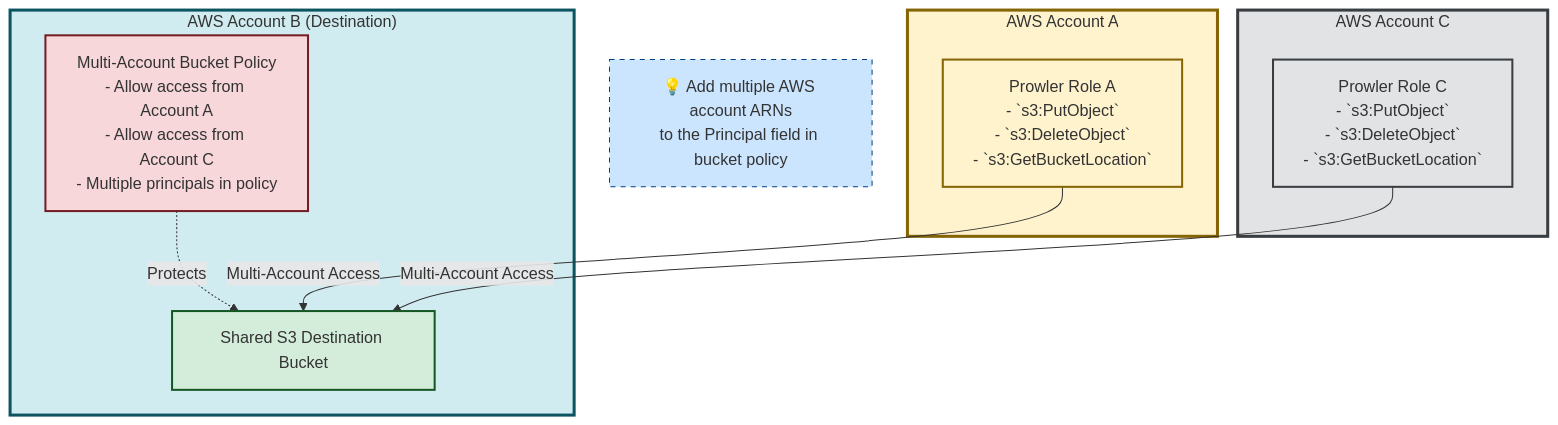
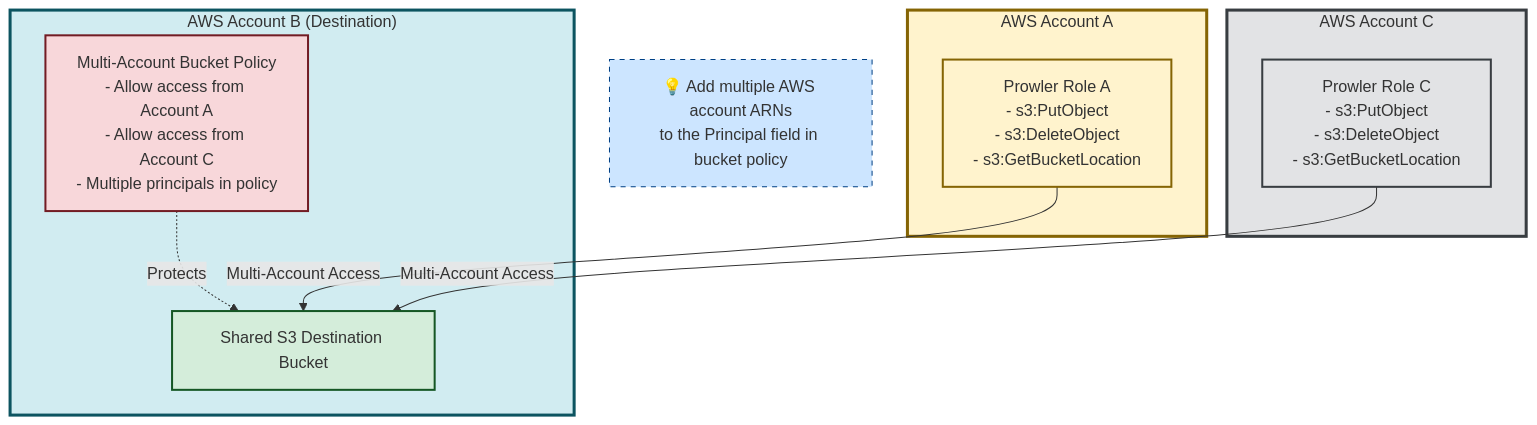
One commit to prowler-cloud/prowler changed the third of 3 diagrams in docs/tutorials/prowler-app-s3-integration.md. Above: the diagram before and after it, drawn with Mermaid. The commit also changed other lines of this file, not shown here.

````diff
--- a/docs/tutorials/prowler-app-s3-integration.md
+++ b/docs/tutorials/prowler-app-s3-integration.md
@@ -183,30 +183,30 @@
 ```mermaid
 graph TB
     subgraph AccountA["AWS Account A"]
-        RoleA["Prowler Role A<br/>- `s3:PutObject` <br/>- `s3:DeleteObject` <br/>- `s3:GetBucketLocation` "]
+        RoleA["Prowler Role A<br/>- s3:PutObject<br/>- s3:DeleteObject<br/>- s3:GetBucketLocation"]
     end
 
     subgraph AccountC["AWS Account C"]
-        RoleC["Prowler Role C<br/>- `s3:PutObject` <br/>- `s3:DeleteObject` <br/>- `s3:GetBucketLocation` "]
+        RoleC["Prowler Role C<br/>- s3:PutObject<br/>- s3:DeleteObject<br/>- s3:GetBucketLocation"]
     end
 
     subgraph AccountB["AWS Account B (Destination)"]
         BucketB["Shared S3 Destination Bucket"]
         PolicyB["Multi-Account Bucket Policy<br/>- Allow access from Account A<br/>- Allow access from Account C<br/>- Multiple principals in policy"]
 
         PolicyB -.->|"Protects"| BucketB
     end
     RoleA -->|"Multi-Account Access"| BucketB
     RoleC -->|"Multi-Account Access"| BucketB
 
     Info["💡 Add multiple AWS account ARNs<br/>to the Principal field in bucket policy"]
 
     style AccountA fill:#fff3cd,stroke:#856404,stroke-width:3px
     style AccountC fill:#e2e3e5,stroke:#383d41,stroke-width:3px
     style AccountB fill:#d1ecf1,stroke:#0c5460,stroke-width:3px
     style RoleA fill:#fff3cd,stroke:#856404,stroke-width:2px
     style RoleC fill:#e2e3e5,stroke:#383d41,stroke-width:2px
     style BucketB fill:#d4edda,stroke:#155724,stroke-width:2px
     style PolicyB fill:#f8d7da,stroke:#721c24,stroke-width:2px
     style Info fill:#cce5ff,stroke:#004085,stroke-width:1px,stroke-dasharray: 5 5
 ```
````
